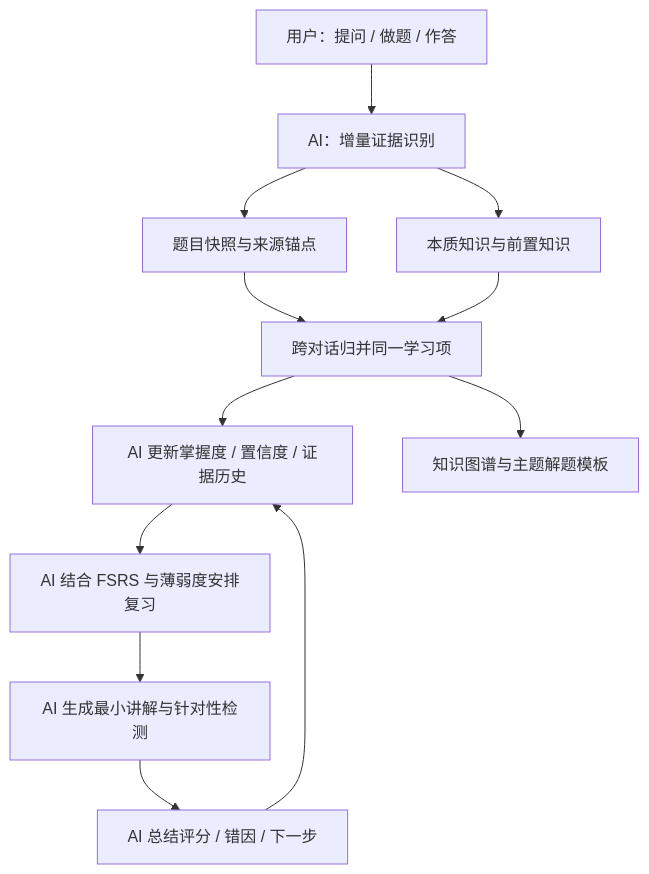
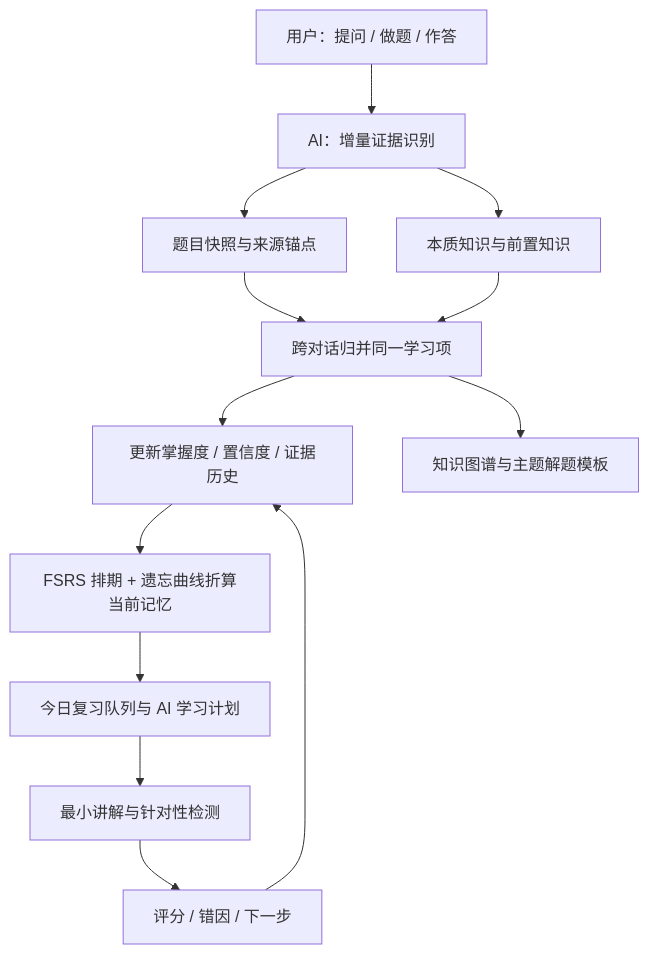
One commit to huaxx-lab/LeetLens changed the diagram in README.md. Above: the diagram before and after it, drawn with Mermaid. The commit also changed other lines of this file and 291 other files, not shown here.

````diff
--- a/README.md
+++ b/README.md
@@ -136,14 +174,15 @@
 ```mermaid
 flowchart TD
   A[用户：提问 / 做题 / 作答] --> B[AI：增量证据识别]
   B --> C[题目快照与来源锚点]
   B --> D[本质知识与前置知识]
   C --> E[跨对话归并同一学习项]
   D --> E
-  E --> F[AI 更新掌握度 / 置信度 / 证据历史]
-  F --> G[AI 结合 FSRS 与薄弱度安排复习]
-  G --> H[AI 生成最小讲解与针对性检测]
-  H --> I[AI 总结评分 / 错因 / 下一步]
-  I --> F
-  E --> J[知识图谱与主题解题模板]
+  E --> F[更新掌握度 / 置信度 / 证据历史]
+  F --> G[FSRS 排期 + 遗忘曲线折算当前记忆]
+  G --> H[今日复习队列与 AI 学习计划]
+  H --> I[最小讲解与针对性检测]
+  I --> J[评分 / 错因 / 下一步]
+  J --> F
+  E --> K[知识图谱与主题解题模板]
 ```
````
